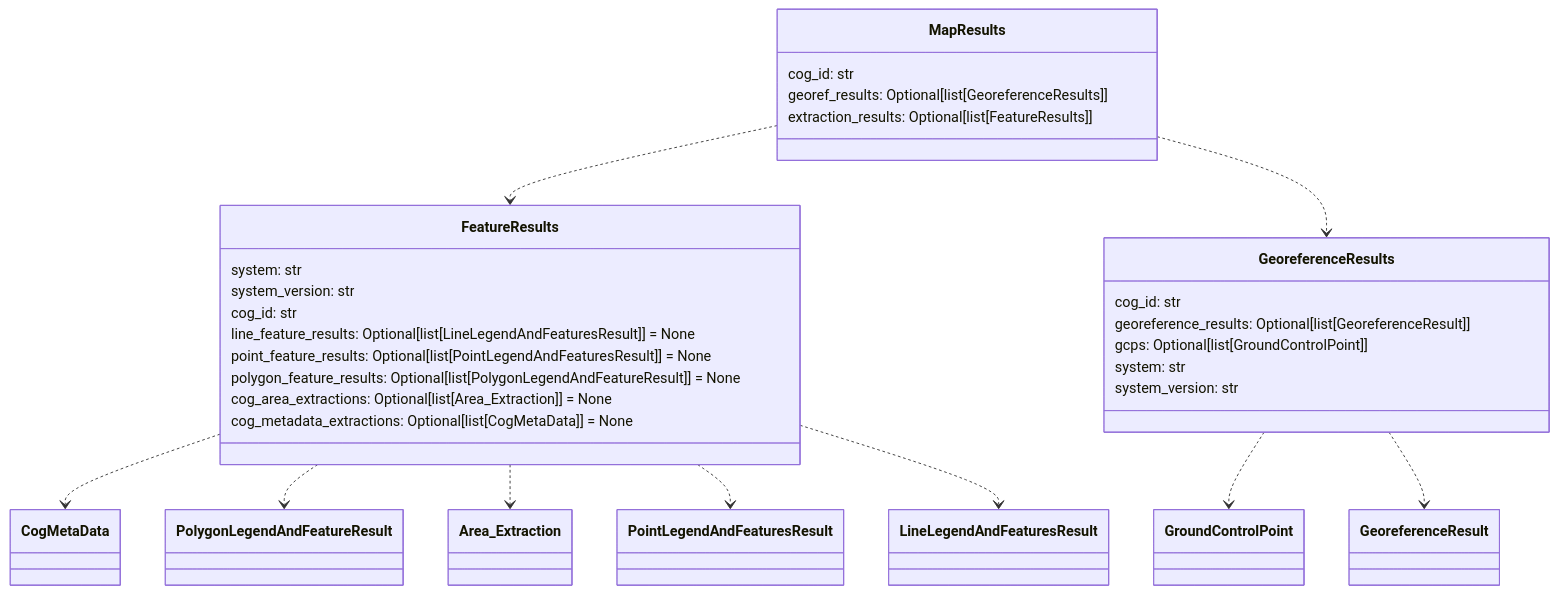
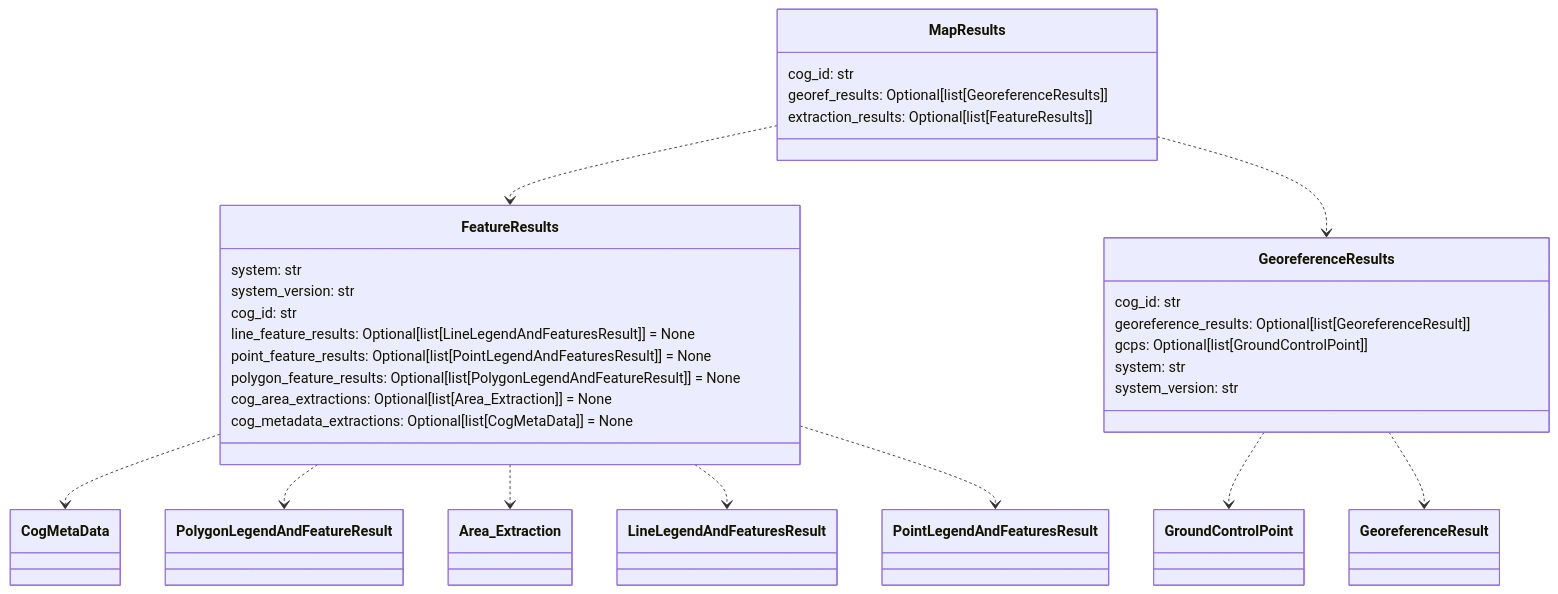
One commit to DARPA-CRITICALMAAS/cdr_schemas changed diagram 11 of 12 in README.md. Above: the diagram before and after it, drawn with Mermaid. The commit also changed other lines of this file and 1 other file, not shown here.

````diff
--- a/README.md
+++ b/README.md
@@ -865,40 +867,40 @@
 ```mermaid
 classDiagram
 
     class FeatureResults {
         system: str
         system_version: str
         cog_id: str
         line_feature_results: Optional[list[LineLegendAndFeaturesResult]] = None
         point_feature_results: Optional[list[PointLegendAndFeaturesResult]] = None
         polygon_feature_results: Optional[list[PolygonLegendAndFeatureResult]] = None
         cog_area_extractions: Optional[list[Area_Extraction]] = None
         cog_metadata_extractions: Optional[list[CogMetaData]] = None
     }
 
+    class MapResults {
+        cog_id: str
+        georef_results: Optional[list[GeoreferenceResults]]
+        extraction_results: Optional[list[FeatureResults]]
+    }
+
     class GeoreferenceResults {
         cog_id: str
         georeference_results: Optional[list[GeoreferenceResult]]
         gcps: Optional[list[GroundControlPoint]]
         system: str
         system_version: str
     }
 
-    class MapResults {
-        cog_id: str
-        georef_results: Optional[list[GeoreferenceResults]]
-        extraction_results: Optional[list[FeatureResults]]
-    }
-
     FeatureResults ..> CogMetaData
     FeatureResults ..> PolygonLegendAndFeatureResult
     FeatureResults ..> Area_Extraction
+    FeatureResults ..> LineLegendAndFeaturesResult
     FeatureResults ..> PointLegendAndFeaturesResult
-    FeatureResults ..> LineLegendAndFeaturesResult
     GeoreferenceResults ..> GroundControlPoint
     GeoreferenceResults ..> GeoreferenceResult
     MapResults ..> FeatureResults
     MapResults ..> GeoreferenceResults
 
 
 ```
````
